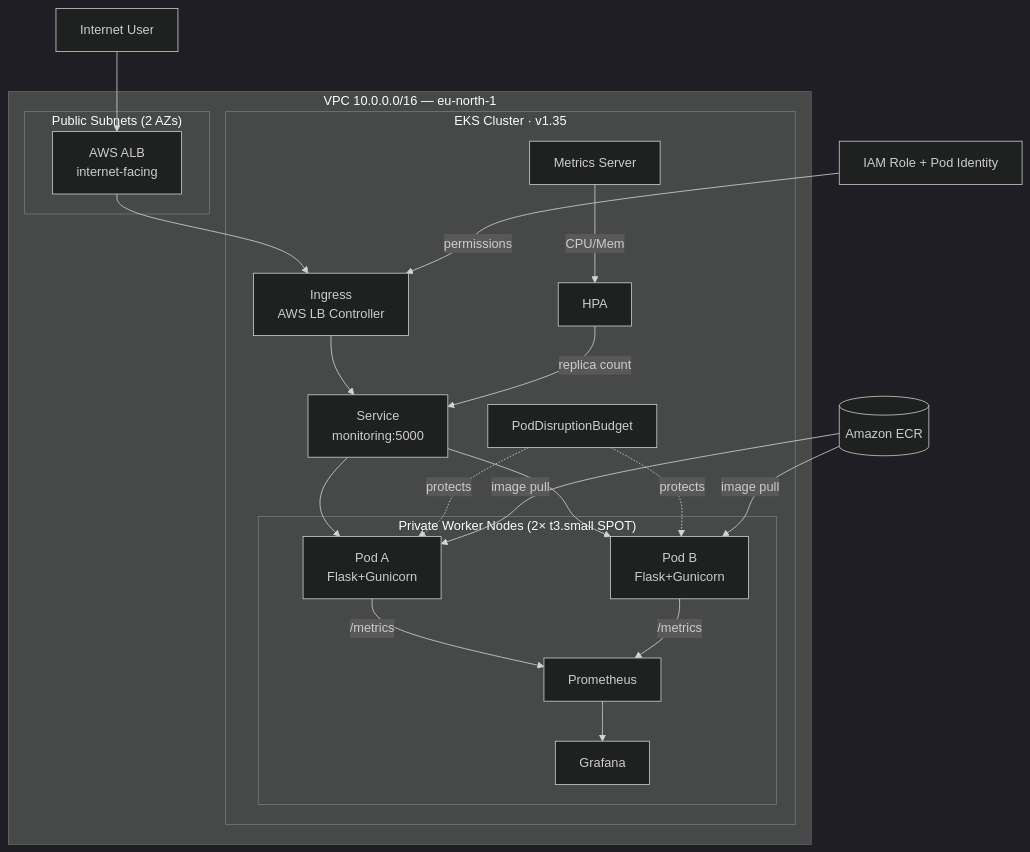
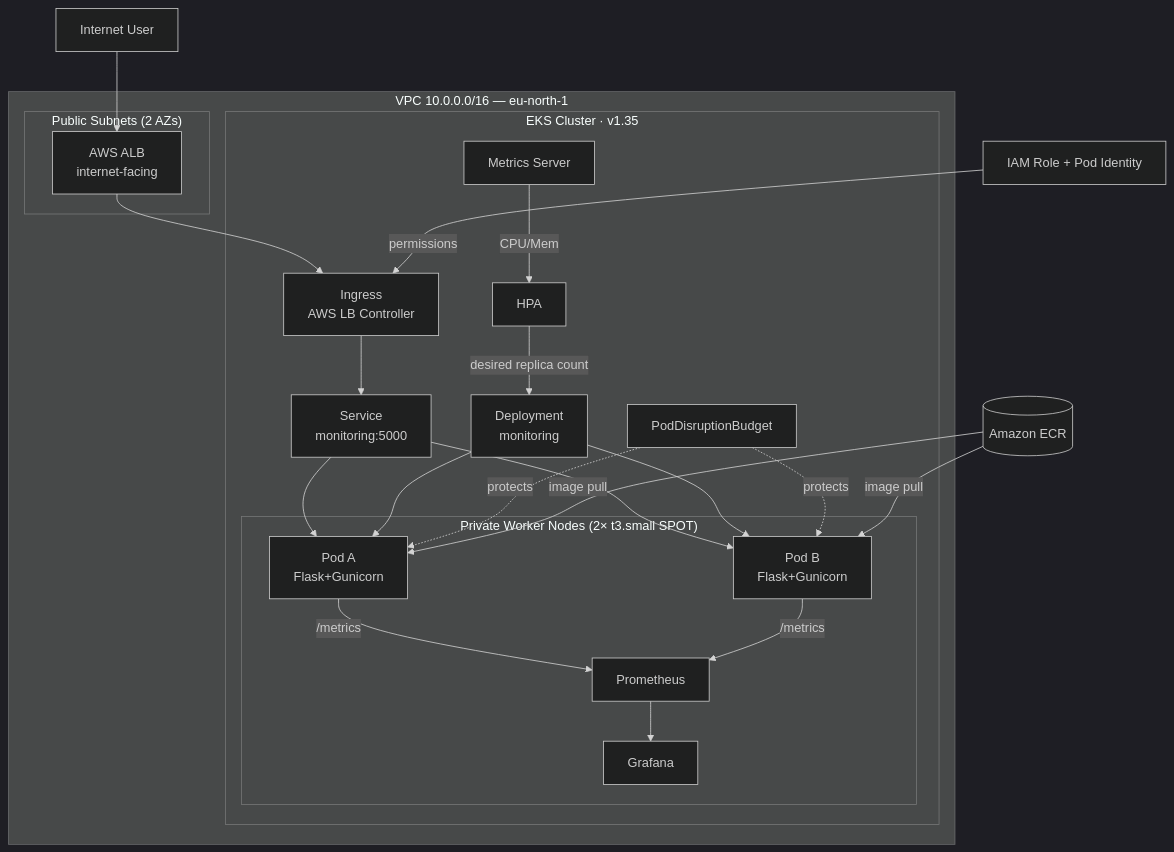
One commit to hammadqureshi31/cloud-native-monitoring changed the first of 11 diagrams in README.md. Above: the diagram before and after it, drawn with Mermaid (dark theme).

Commit message:
Add deployment node to architecture diagram

````diff
--- a/README.md
+++ b/README.md
@@ -99,36 +99,38 @@
 ```mermaid
 flowchart TB
     U[Internet User]
     ALB[AWS ALB<br/>internet-facing]
 
     subgraph VPC["VPC 10.0.0.0/16 — eu-north-1"]
         subgraph PUB["Public Subnets (2 AZs)"]
             ALB
         end
         subgraph EKS["EKS Cluster · v1.35"]
             ING[Ingress<br/>AWS LB Controller]
             SVC[Service<br/>monitoring:5000]
+            DEP[Deployment<br/>monitoring]
             subgraph PRIV["Private Worker Nodes (2× t3.small SPOT)"]
                 P1[Pod A<br/>Flask+Gunicorn]
                 P2[Pod B<br/>Flask+Gunicorn]
                 PROM[Prometheus]
                 GRAF[Grafana]
             end
             MS[Metrics Server]
             HPA[HPA]
             PDB[PodDisruptionBudget]
         end
     end
 
     ECR[(Amazon ECR)]
     IAM[IAM Role + Pod Identity]
 
     U --> ALB --> ING --> SVC
     SVC --> P1 & P2
+    DEP --> P1 & P2
     P1 & P2 -->|/metrics| PROM --> GRAF
-    MS -->|CPU/Mem| HPA -->|replica count| SVC
+    MS -->|CPU/Mem| HPA -->|desired replica count| DEP
     PDB -.->|protects| P1
     PDB -.->|protects| P2
     ECR -->|image pull| P1 & P2
     IAM -->|permissions| ING
 ```
````
